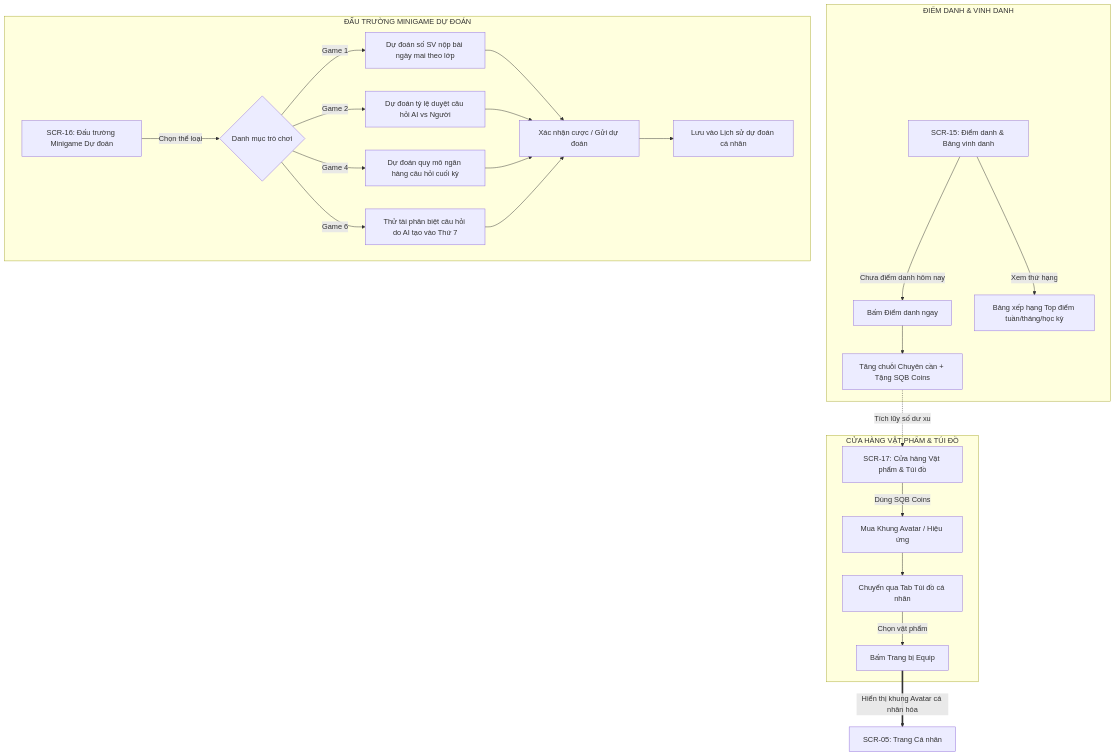
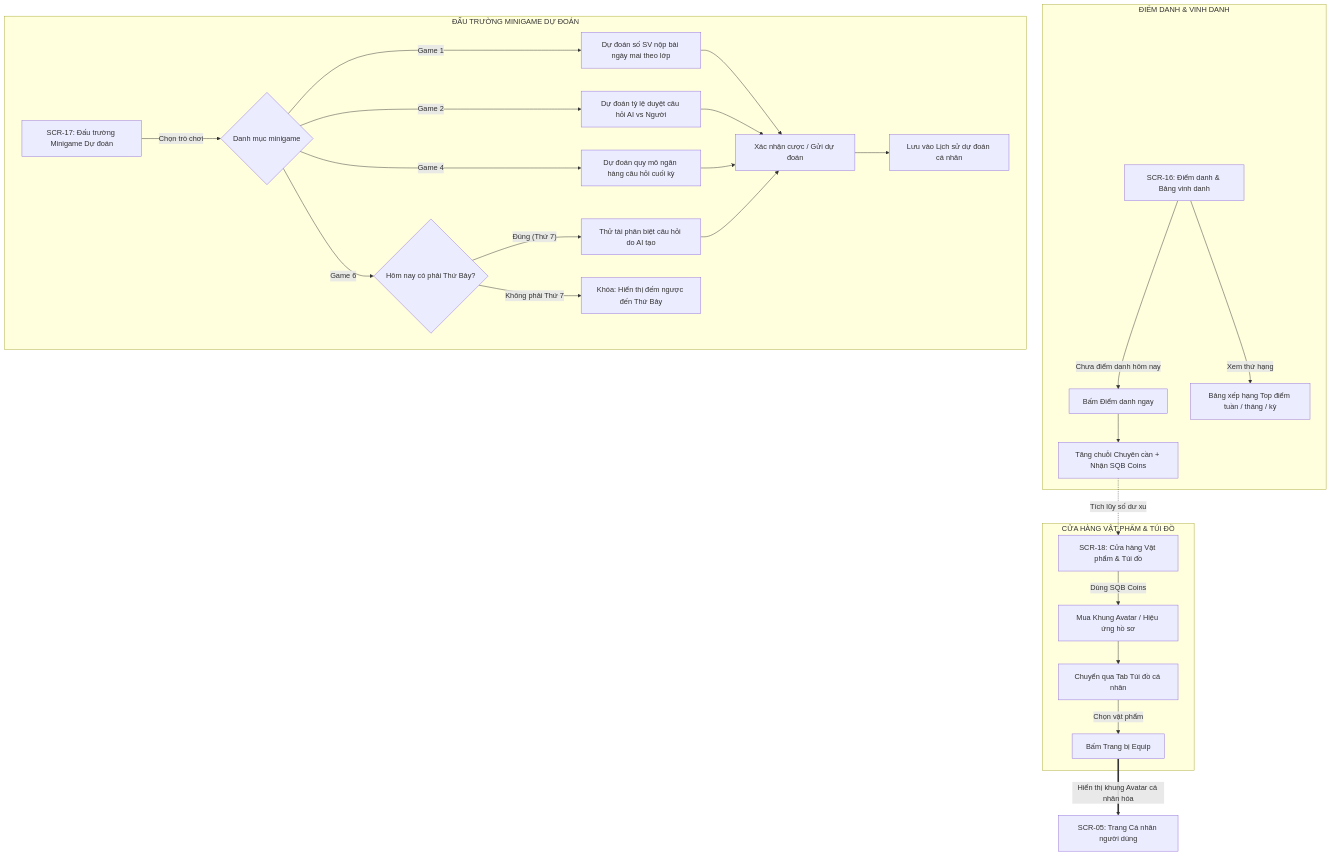
The sixth of 6 diagrams in t_i_li_u_to_n_di_n_s_lu_ng_m_n_h_nh_mermaid_code.md (lethanhan01/Social-network-for-student-Generated-Question-Bank), drawn with Mermaid before and after one commit. The commit also changed other lines of this file, not shown here.

Commit message:
bổ sung chút tài liệu

````diff
--- a/t_i_li_u_to_n_di_n_s_lu_ng_m_n_h_nh_mermaid_code.md
+++ b/t_i_li_u_to_n_di_n_s_lu_ng_m_n_h_nh_mermaid_code.md
@@ -266,33 +322,38 @@
 ```mermaid
 flowchart TD
     %% Điểm danh chuyên cần
-    subgraph Daily_Checkin [ĐIỂM DANH & VINH DANH]
-        SCR15[SCR-15: Điểm danh & Bảng vinh danh]
-        SCR15 -->|Chưa điểm danh hôm nay| CHECKIN_CLICK[Bấm Điểm danh ngay]
-        CHECKIN_CLICK --> STREAK_UP[Tăng chuỗi Chuyên cần + Tặng SQB Coins]
-        SCR15 -->|Xem thứ hạng| LEADERBOARD_VIEW[Bảng xếp hạng Top điểm tuần/tháng/học kỳ]
+    subgraph Daily_Checkin ["ĐIỂM DANH & VINH DANH"]
+        SCR16["SCR-16: Điểm danh & Bảng vinh danh"]
+        SCR16 -->|"Chưa điểm danh hôm nay"| CLICK_IN["Bấm Điểm danh ngay"]
+        CLICK_IN --> STREAK_INC["Tăng chuỗi Chuyên cần + Nhận SQB Coins"]
+        SCR16 -->|"Xem thứ hạng"| LEADERBOARD["Bảng xếp hạng Top điểm tuần / tháng / kỳ"]
     end
 
     %% Đấu trường Minigame
-    subgraph Minigames_Arena [ĐẤU TRƯỜNG MINIGAME DỰ ĐOÁN]
-        SCR16[SCR-16: Đấu trường Minigame Dự đoán]
-        SCR16 -->|Chọn thể loại| GAME_HUB{Danh mục trò chơi}
-        GAME_HUB -->|Game 1| G1[Dự đoán số SV nộp bài ngày mai theo lớp]
-        GAME_HUB -->|Game 2| G2[Dự đoán tỷ lệ duyệt câu hỏi AI vs Người]
-        GAME_HUB -->|Game 4| G4[Dự đoán quy mô ngân hàng câu hỏi cuối kỳ]
-        GAME_HUB -->|Game 6| G6[Thử tài phân biệt câu hỏi do AI tạo vào Thứ 7]
-        G1 & G2 & G4 & G6 --> SUBMIT_PREDICTION[Xác nhận cược / Gửi dự đoán]
-        SUBMIT_PREDICTION --> MY_HISTORY[Lưu vào Lịch sử dự đoán cá nhân]
+    subgraph Minigames_Hub ["ĐẤU TRƯỜNG MINIGAME DỰ ĐOÁN"]
+        SCR17["SCR-17: Đấu trường Minigame Dự đoán"]
+        SCR17 -->|"Chọn trò chơi"| GAME_PICK{"Danh mục minigame"}
+        
+        GAME_PICK -->|"Game 1"| G1["Dự đoán số SV nộp bài ngày mai theo lớp"]
+        GAME_PICK -->|"Game 2"| G2["Dự đoán tỷ lệ duyệt câu hỏi AI vs Người"]
+        GAME_PICK -->|"Game 4"| G4["Dự đoán quy mô ngân hàng câu hỏi cuối kỳ"]
+        GAME_PICK -->|"Game 6"| G6_CHECK{"Hôm nay có phải Thứ Bảy?"}
+        
+        G6_CHECK -->|"Đúng (Thứ 7)"| G6_PLAY["Thử tài phân biệt câu hỏi do AI tạo"]
+        G6_CHECK -->|"Không phải Thứ 7"| G6_LOCK["Khóa: Hiển thị đếm ngược đến Thứ Bảy"]
+        
+        G1 & G2 & G4 & G6_PLAY --> BET_CONFIRM["Xác nhận cược / Gửi dự đoán"]
+        BET_CONFIRM --> HIST_SAVE["Lưu vào Lịch sử dự đoán cá nhân"]
     end
 
     %% Cửa hàng & Túi đồ
-    subgraph Cosmetics_Shop [CỬA HÀNG VẬT PHẨM & TÚI ĐỒ]
-        SCR17[SCR-17: Cửa hàng Vật phẩm & Túi đồ]
-        STREAK_UP -. Tích lũy số dư xu .-> SCR17
-        SCR17 -->|Dùng SQB Coins| BUY_CLICK[Mua Khung Avatar / Hiệu ứng]
-        BUY_CLICK --> INVENTORY_TAB[Chuyển qua Tab Túi đồ cá nhân]
-        INVENTORY_TAB -->|Chọn vật phẩm| EQUIP_ACTION[Bấm Trang bị Equip]
+    subgraph Cosmetics_Shop ["CỬA HÀNG VẬT PHẨM & TÚI ĐỒ"]
+        SCR18["SCR-18: Cửa hàng Vật phẩm & Túi đồ"]
+        STREAK_INC -. "Tích lũy số dư xu" .-> SCR18
+        SCR18 -->|"Dùng SQB Coins"| BUY_ITEM["Mua Khung Avatar / Hiệu ứng hồ sơ"]
+        BUY_ITEM --> INV_TAB["Chuyển qua Tab Túi đồ cá nhân"]
+        INV_TAB -->|"Chọn vật phẩm"| EQUIP_BTN["Bấm Trang bị Equip"]
     end
 
-    EQUIP_ACTION ==>|Hiển thị khung Avatar cá nhân hóa| SCR05_PROFILE[SCR-05: Trang Cá nhân]
+    EQUIP_BTN ==>|"Hiển thị khung Avatar cá nhân hóa"| SCR05_PRO["SCR-05: Trang Cá nhân người dùng"]
 ```
````
